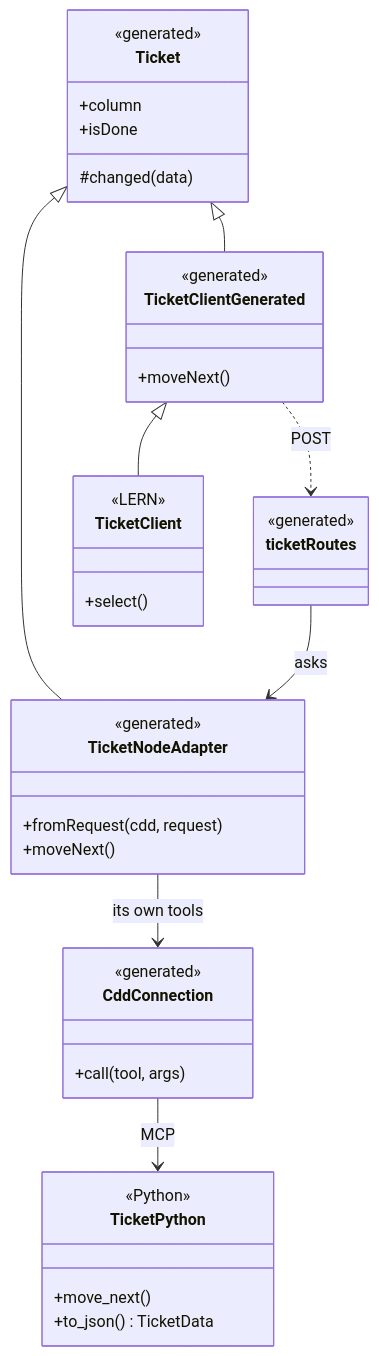
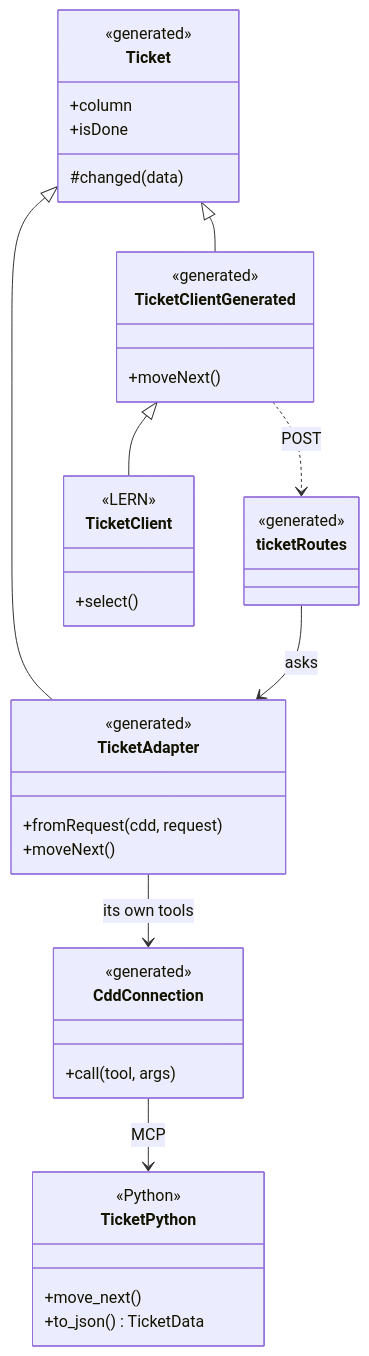
The first of 2 diagrams in cdd_guidance/patterns/cdd_web_domain_access/cdd_web_domain_access.md (abd-works/abd-context-driven-delivery), drawn with Mermaid before and after one commit. The commit also changed other lines of this file and 17 other files, not shown here.

````diff
--- a/cdd_guidance/patterns/cdd_web_domain_access/cdd_web_domain_access.md
+++ b/cdd_guidance/patterns/cdd_web_domain_access/cdd_web_domain_access.md
@@ -36,42 +36,42 @@
 ```mermaid
 classDiagram
   class TicketPython {
     <<Python>>
     +move_next()
     +to_json() TicketData
   }
   class Ticket {
     <<generated>>
     +column
     +isDone
     #changed(data)
   }
-  class TicketNodeAdapter {
+  class TicketAdapter {
     <<generated>>
     +fromRequest(cdd, request)
     +moveNext()
   }
   class TicketClientGenerated {
     <<generated>>
     +moveNext()
   }
   class ticketRoutes {
     <<generated>>
   }
   class CddConnection {
     <<generated>>
     +call(tool, args)
   }
   class TicketClient {
     <<LERN>>
     +select()
   }
 
-  Ticket <|-- TicketNodeAdapter
+  Ticket <|-- TicketAdapter
   Ticket <|-- TicketClientGenerated
   TicketClientGenerated <|-- TicketClient
   TicketClientGenerated ..> ticketRoutes : POST
-  ticketRoutes --> TicketNodeAdapter : asks
-  TicketNodeAdapter --> CddConnection : its own tools
+  ticketRoutes --> TicketAdapter : asks
+  TicketAdapter --> CddConnection : its own tools
   CddConnection --> TicketPython : MCP
 ```
````
